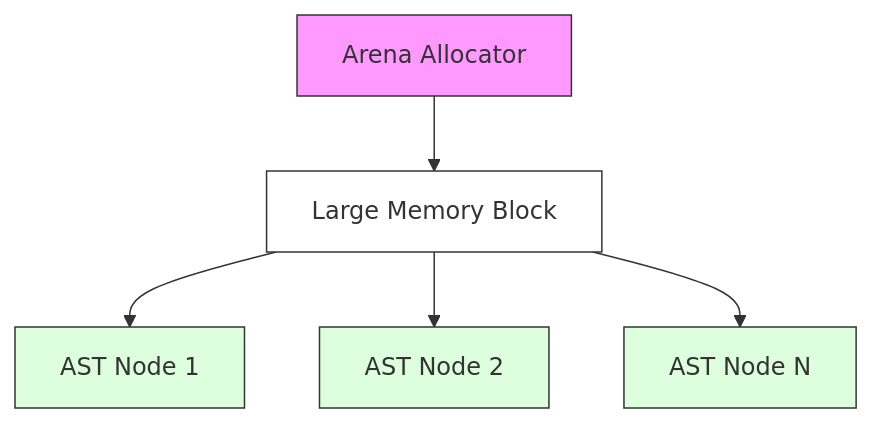
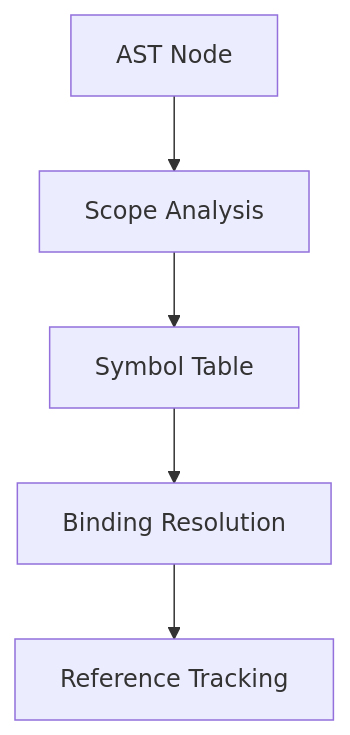
Before and after one commit to idealjs/sapling: the second of 3 diagrams in memory-bank/systemPatterns.md, drawn with Mermaid. The commit also changed other lines of this file and 11 other files, not shown here.

````diff
--- a/memory-bank/systemPatterns.md
+++ b/memory-bank/systemPatterns.md
@@ -6,13 +75,7 @@
 ```mermaid
 graph TD
-    A[Arena Allocator] --> B[Large Memory Block]
-    B --> C[AST Node 1]
-    B --> D[AST Node 2]
-    B --> E[AST Node N]
-    
-    style A fill:#f9f,stroke:#333
-    style B fill:#fff,stroke:#333
-    style C fill:#dfd,stroke:#333
-    style D fill:#dfd,stroke:#333
-    style E fill:#dfd,stroke:#333
+    AST[AST Node] --> Scope[Scope Analysis]
+    Scope --> Symbol[Symbol Table]
+    Symbol --> Binding[Binding Resolution]
+    Binding --> Reference[Reference Tracking]
 ```
````
